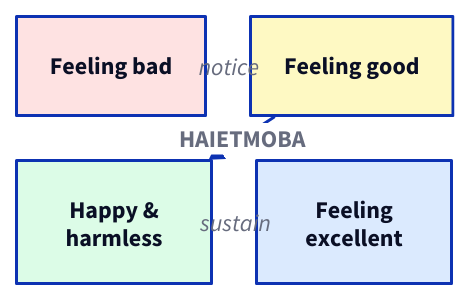
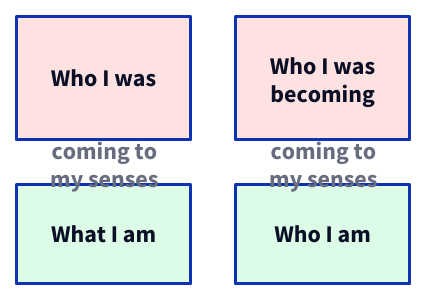
The diagram in docs/guide/lua-filters/diagrams.md (srid/emanote), drawn with D2 before and after one commit. The commit also changed other lines of this file and 2 other files, not shown here.

First line of the commit message:
docs(diagrams): rebase demos on faithful Actual Freedom concepts

````diff
--- a/docs/guide/lua-filters/diagrams.md
+++ b/docs/guide/lua-filters/diagrams.md
@@ -59,13 +59,12 @@
 ```d2
 grid-rows: 2
 grid-gap: 30
 
-bad: Feeling bad {style.fill: "#fee2e2"}
-good: Feeling good {style.fill: "#fef9c3"}
-happy: Happy &\nharmless {style.fill: "#dcfce7"}
-excellent: Feeling\nexcellent {style.fill: "#dbeafe"}
+was: "Who I was" {style.fill: "#fee2e2"}
+becoming: "Who I was\nbecoming" {style.fill: "#fee2e2"}
+what: "What I am" {style.fill: "#dcfce7"}
+who: "Who I am" {style.fill: "#dcfce7"}
 
-bad -> good: notice
-good -> happy: HAIETMOBA {style.bold: true}
-happy -> excellent: sustain
+was -> what: "coming to\nmy senses" {style.bold: true}
+becoming -> who: "coming to\nmy senses" {style.bold: true}
 ```
````
